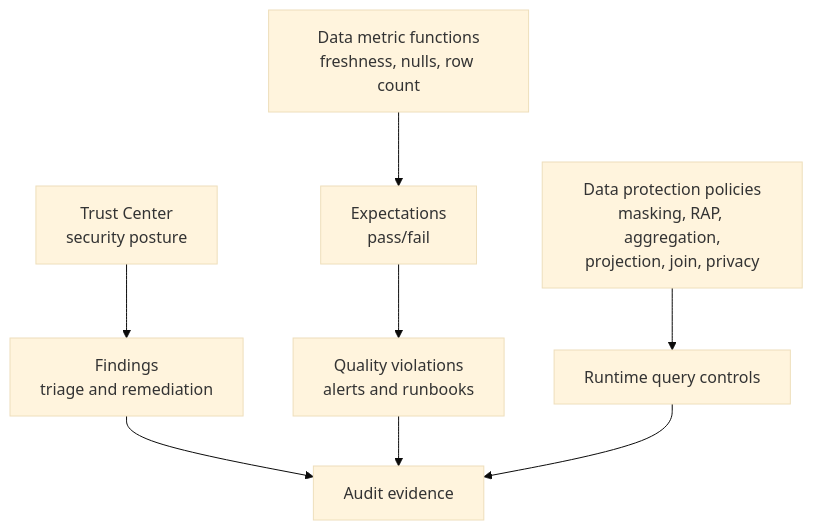
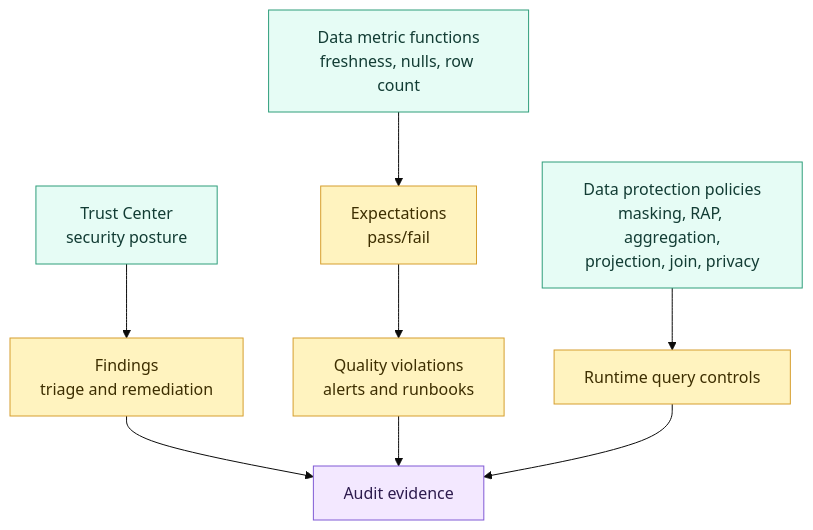
One commit to shonningsoy/Upskill changed the diagram in 01 Snowflake/08 Enterprise Snowflake in Production/55 Trust Center, Data Quality, and Data Protection Policies.md. Above: the diagram before and after it, drawn with Mermaid (base theme). The commit also changed other lines of this file and 6 other files, not shown here.

````diff
--- a/01 Snowflake/08 Enterprise Snowflake in Production/55 Trust Center, Data Quality, and Data Protection Policies.md
+++ b/01 Snowflake/08 Enterprise Snowflake in Production/55 Trust Center, Data Quality, and Data Protection Policies.md
@@ -63,10 +64,20 @@
 ```mermaid
 flowchart TD
     TC["Trust Center<br/>security posture"] --> FIND["Findings<br/>triage and remediation"]
     DQ["Data metric functions<br/>freshness, nulls, row count"] --> EXP["Expectations<br/>pass/fail"]
     EXP --> VIOL["Quality violations<br/>alerts and runbooks"]
     POL["Data protection policies<br/>masking, RAP, aggregation,<br/>projection, join, privacy"] --> QUERY["Runtime query controls"]
     FIND --> EVID["Audit evidence"]
     VIOL --> EVID
     QUERY --> EVID
+
+    classDef input fill:#E8F0FE,stroke:#4C6EF5,color:#172B4D
+    classDef control fill:#FFF3BF,stroke:#D69E2E,color:#3D2E00
+    classDef snowflake fill:#E6FCF5,stroke:#2F9E7B,color:#123C34
+    classDef platform fill:#F1F3F5,stroke:#868E96,color:#212529
+    classDef output fill:#F3E8FF,stroke:#805AD5,color:#2D1B4E
+
+    class TC,DQ,POL snowflake
+    class FIND,EXP,VIOL,QUERY control
+    class EVID output
 ```
````
